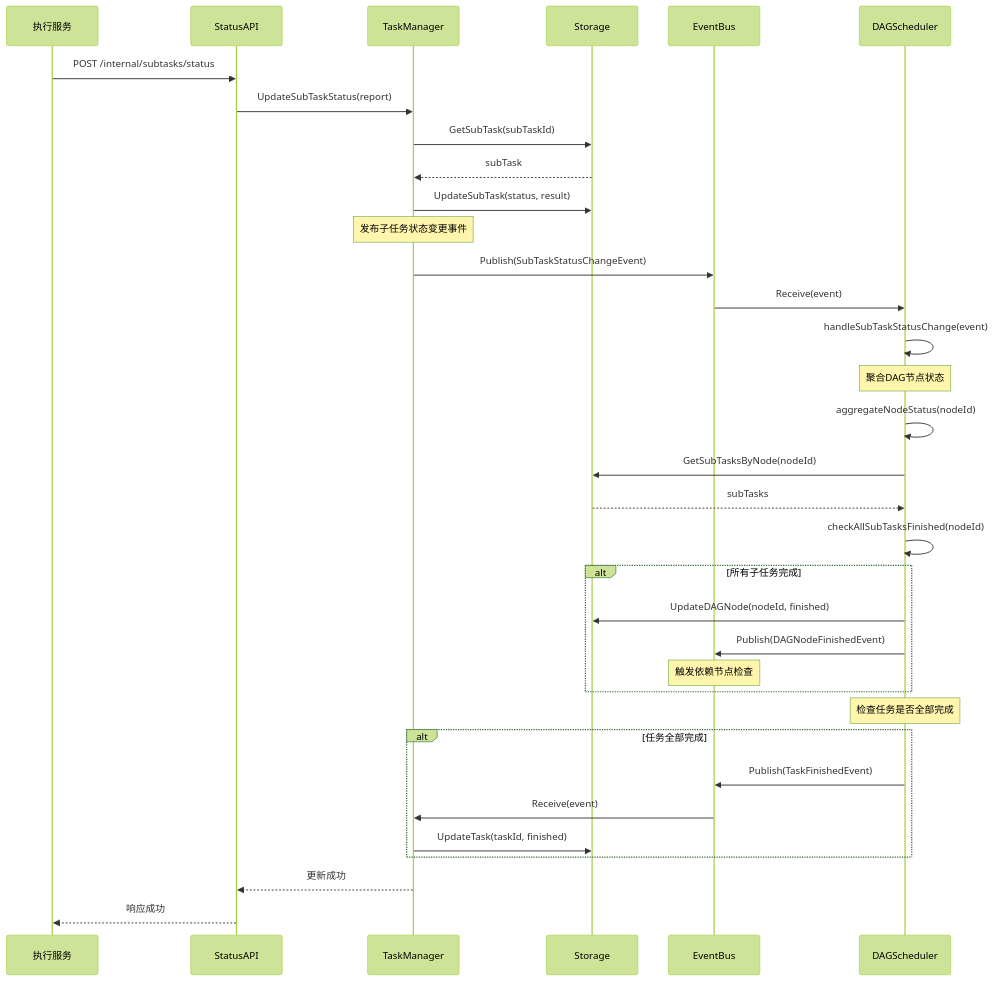
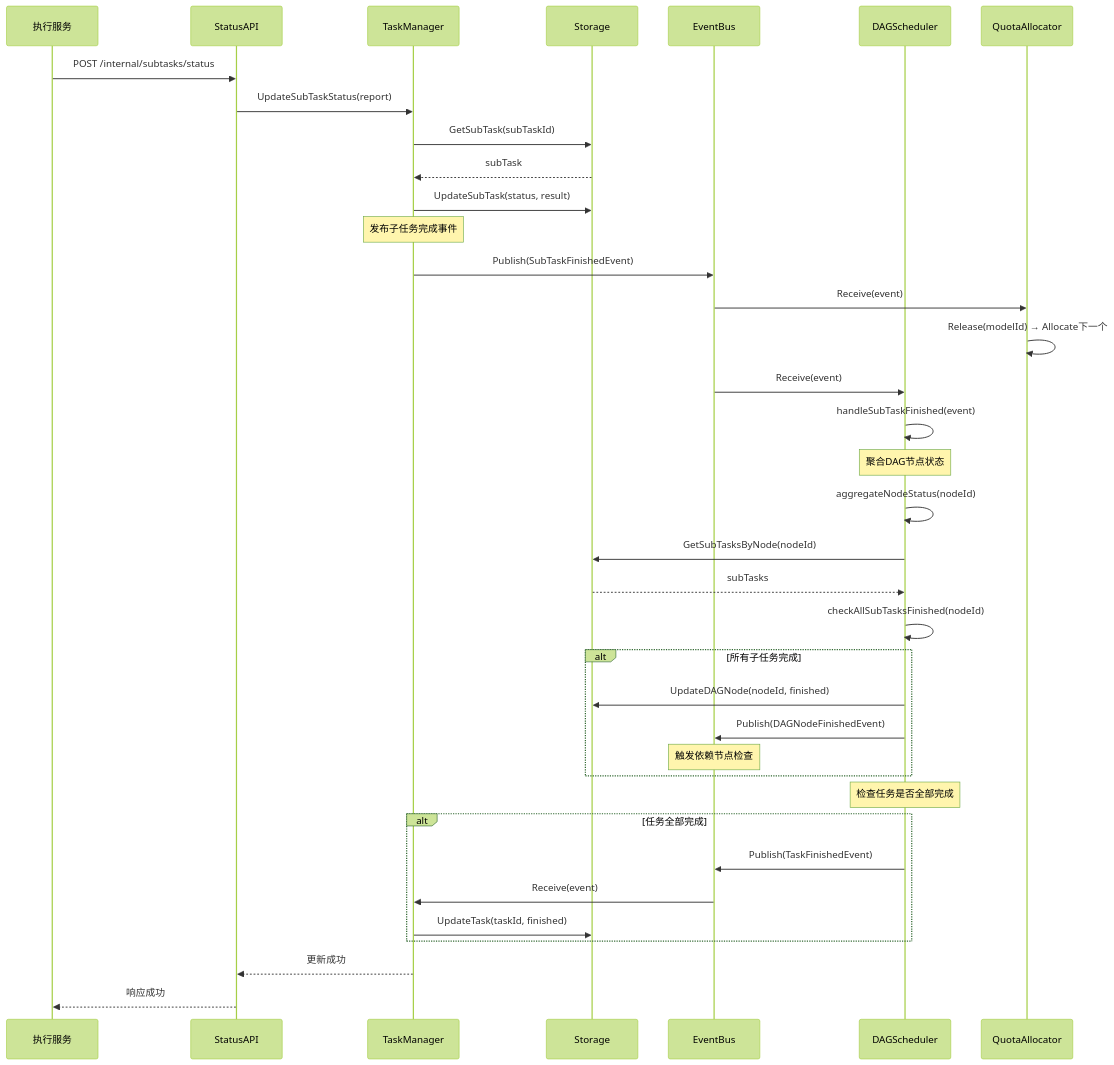
Before and after one commit to njuxumq/agent-eval-server: the fifth of 6 diagrams in docs/designs/模块设计文档.md, drawn with Mermaid (forest theme). The commit also changed other lines of this file and 12 other files, not shown here.

````diff
--- a/docs/designs/模块设计文档.md
+++ b/docs/designs/模块设计文档.md
@@ -867,45 +1077,48 @@
 ```mermaid
 sequenceDiagram
     participant Executor as 执行服务
     participant API as StatusAPI
     participant TM as TaskManager
     participant Storage as Storage
     participant EB as EventBus
     participant DS as DAGScheduler
+    participant QA as QuotaAllocator
 
     Executor->>API: POST /internal/subtasks/status
     API->>TM: UpdateSubTaskStatus(report)
     TM->>Storage: GetSubTask(subTaskId)
     Storage-->>TM: subTask
     TM->>Storage: UpdateSubTask(status, result)
 
-    Note over TM: 发布子任务状态变更事件
+    Note over TM: 发布子任务完成事件
 
-    TM->>EB: Publish(SubTaskStatusChangeEvent)
+    TM->>EB: Publish(SubTaskFinishedEvent)
+    EB->>QA: Receive(event)
+    QA->>QA: Release(modelId) → Allocate下一个
     EB->>DS: Receive(event)
-    DS->>DS: handleSubTaskStatusChange(event)
+    DS->>DS: handleSubTaskFinished(event)
 
     Note over DS: 聚合DAG节点状态
 
     DS->>DS: aggregateNodeStatus(nodeId)
     DS->>Storage: GetSubTasksByNode(nodeId)
     Storage-->>DS: subTasks
     DS->>DS: checkAllSubTasksFinished(nodeId)
 
     alt 所有子任务完成
         DS->>Storage: UpdateDAGNode(nodeId, finished)
         DS->>EB: Publish(DAGNodeFinishedEvent)
         Note over EB: 触发依赖节点检查
     end
 
     Note over DS: 检查任务是否全部完成
 
     alt 任务全部完成
         DS->>EB: Publish(TaskFinishedEvent)
         EB->>TM: Receive(event)
         TM->>Storage: UpdateTask(taskId, finished)
     end
 
     TM-->>API: 更新成功
     API-->>Executor: 响应成功
 ```
````
